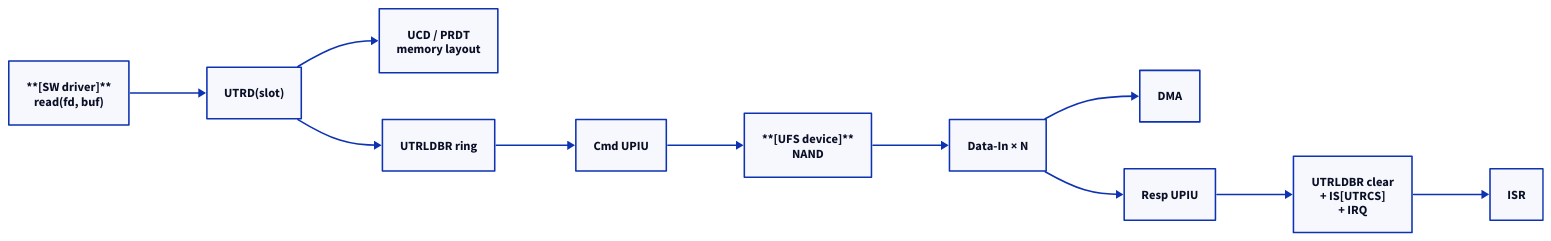
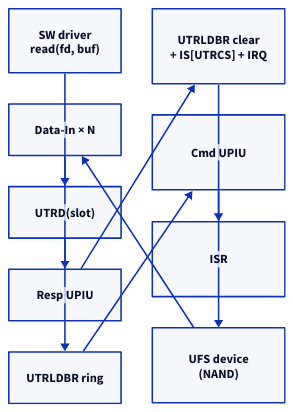
One commit to humbleowl39/DV_SKOOL changed the diagram in topics/ufs_hci/docs/05_quick_reference_card.md. Above: the diagram before and after it, drawn with D2. The commit also changed 90 other files, not shown here.

First line of the commit message:
docs: 전 토픽 다이어그램 정비 — ASCII→D2, mermaid→D2, 과대 D2 가시성 수정

````diff
--- a/topics/ufs_hci/docs/05_quick_reference_card.md
+++ b/topics/ufs_hci/docs/05_quick_reference_card.md
@@ -65,25 +65,23 @@
 ```d2
-direction: right
+direction: down
+grid-columns: 2
 
-SW: "**[SW driver]**\nread(fd, buf)"
+SW: "SW driver\nread(fd, buf)"
+DIN: "Data-In × N"
 UTRD: "UTRD(slot)"
-UCD: "UCD / PRDT\nmemory layout"
+RSP: "Resp UPIU"
 DB: "UTRLDBR ring"
+DONE: "UTRLDBR clear\n+ IS[UTRCS] + IRQ"
 CMD: "Cmd UPIU"
-NAND: "**[UFS device]**\nNAND"
-DIN: "Data-In × N"
-DMA: "DMA"
-RSP: "Resp UPIU"
-DONE: "UTRLDBR clear\n+ IS[UTRCS]\n+ IRQ"
 ISR: "ISR"
+NAND: "UFS device\n(NAND)"
+
 SW -> UTRD
-UTRD -> UCD
 UTRD -> DB
 DB -> CMD
 CMD -> NAND
 NAND -> DIN
-DIN -> DMA
 DIN -> RSP
 RSP -> DONE
 DONE -> ISR
 ```
````
